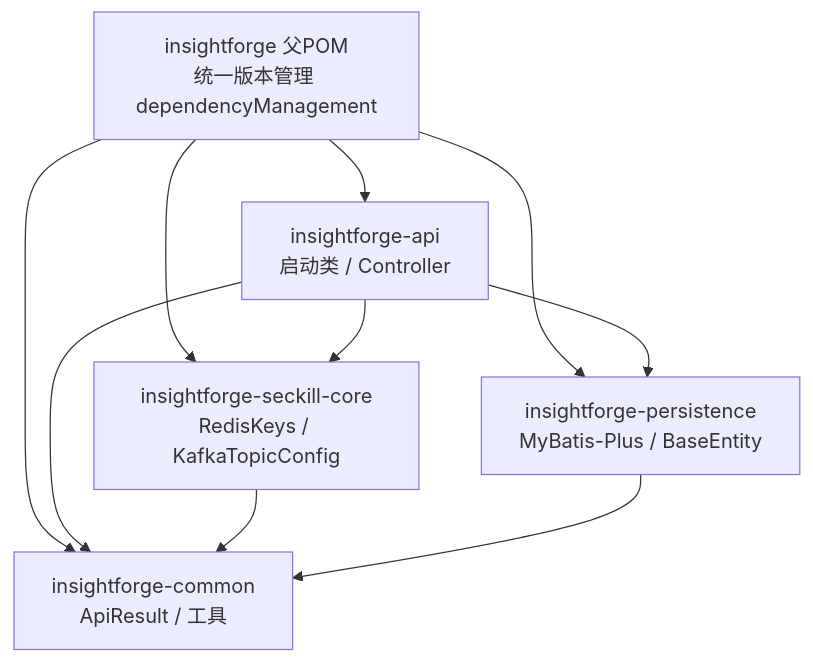
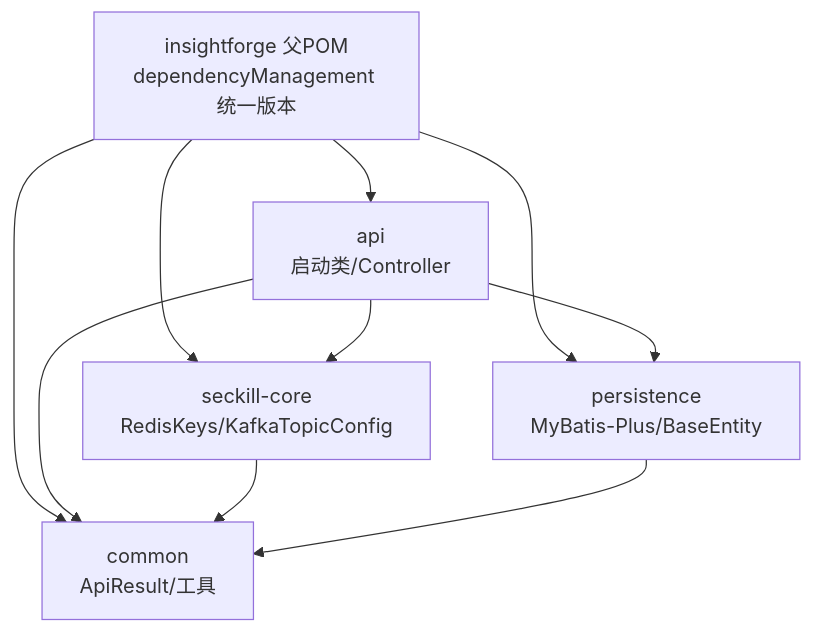
Before and after one commit to a805026135/insight-forge: the first of 3 diagrams in specs/insightforge/tutorials/phase0.md, drawn with Mermaid. The commit also changed other lines of this file, not shown here.

````diff
--- a/specs/insightforge/tutorials/phase0.md
+++ b/specs/insightforge/tutorials/phase0.md
@@ -96,12 +465,12 @@
 ```mermaid
 graph TD
-    parent["insightforge 父POM<br/>统一版本管理 dependencyManagement"] --> common["insightforge-common<br/>ApiResult / 工具"]
-    parent --> persistence["insightforge-persistence<br/>MyBatis-Plus / BaseEntity"]
-    parent --> seckill["insightforge-seckill-core<br/>RedisKeys / KafkaTopicConfig"]
-    parent --> api["insightforge-api<br/>启动类 / Controller"]
+    parent["insightforge 父POM<br/>dependencyManagement 统一版本"] --> common["common<br/>ApiResult/工具"]
+    parent --> persistence["persistence<br/>MyBatis-Plus/BaseEntity"]
+    parent --> seckill["seckill-core<br/>RedisKeys/KafkaTopicConfig"]
+    parent --> api["api<br/>启动类/Controller"]
     api --> common
     api --> persistence
     api --> seckill
     seckill --> common
     persistence --> common
 ```
````
